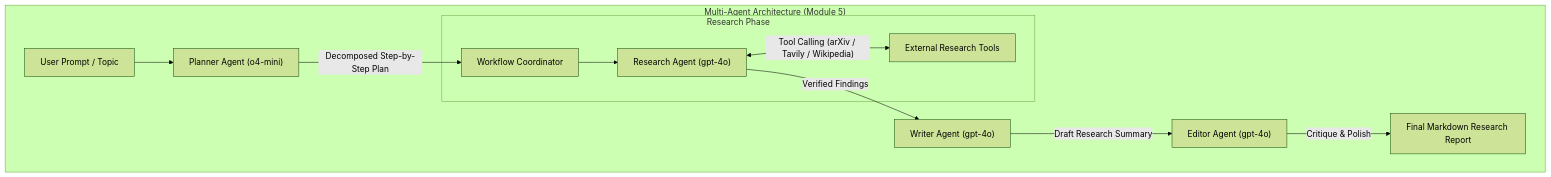
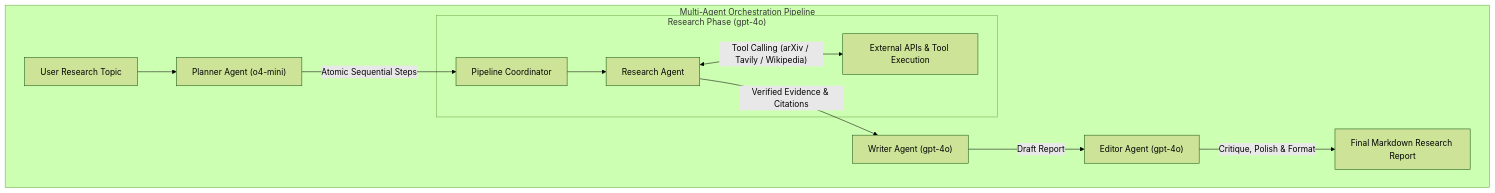
Before and after one commit to Eng-Ahmed-Rifai/Agentic-AI-DeepLearning.AI: the diagram in README.md, drawn with Mermaid (forest theme). The commit also changed other lines of this file and 9 other files, not shown here.

````diff
--- a/README.md
+++ b/README.md
@@ -38,16 +28,16 @@
 ```mermaid
 flowchart TD
-    subgraph MultiAgentSystem ["Multi-Agent Architecture (Module 5)"]
-        User["User Prompt / Topic"] --> Planner["Planner Agent (o4-mini)"]
-        Planner -->|"Decomposed Step-by-Step Plan"| Orchestrator["Workflow Coordinator"]
+    subgraph MultiAgentSystem ["Multi-Agent Orchestration Pipeline"]
+        User["User Research Topic"] --> Planner["Planner Agent (o4-mini)"]
+        Planner -->|"Atomic Sequential Steps"| Coordinator["Pipeline Coordinator"]
         
-        subgraph ResearchExecution ["Research Phase"]
-            Orchestrator --> Research["Research Agent (gpt-4o)"]
-            Research <-->|"Tool Calling (arXiv / Tavily / Wikipedia)"| Tools["External Research Tools"]
+        subgraph ResearchExecution ["Research Phase (gpt-4o)"]
+            Coordinator --> Research["Research Agent"]
+            Research <-->|"Tool Calling (arXiv / Tavily / Wikipedia)"| Tools["External APIs & Tool Execution"]
         end
         
-        Research -->|"Verified Findings"| Writer["Writer Agent (gpt-4o)"]
-        Writer -->|"Draft Research Summary"| Editor["Editor Agent (gpt-4o)"]
-        Editor -->|"Critique & Polish"| FinalReport["Final Markdown Research Report"]
+        Research -->|"Verified Evidence & Citations"| Writer["Writer Agent (gpt-4o)"]
+        Writer -->|"Draft Report"| Editor["Editor Agent (gpt-4o)"]
+        Editor -->|"Critique, Polish & Format"| FinalReport["Final Markdown Research Report"]
     end
 ```
````
